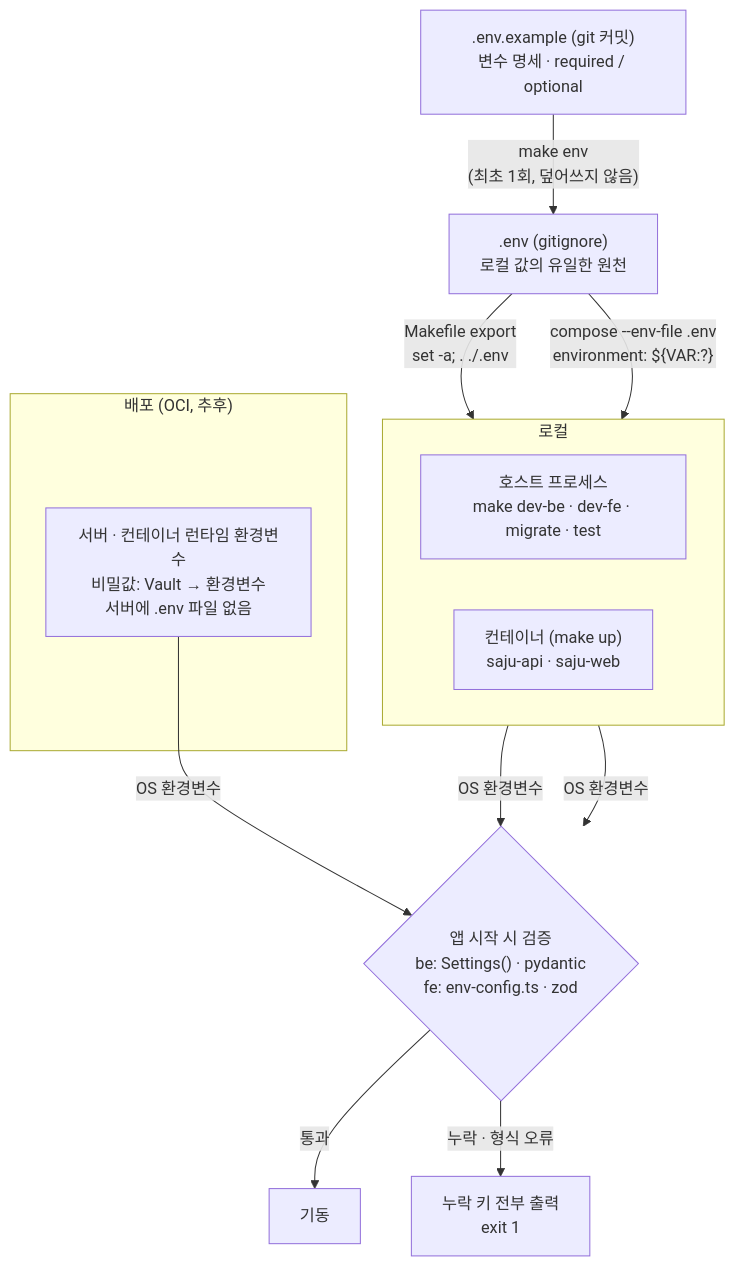
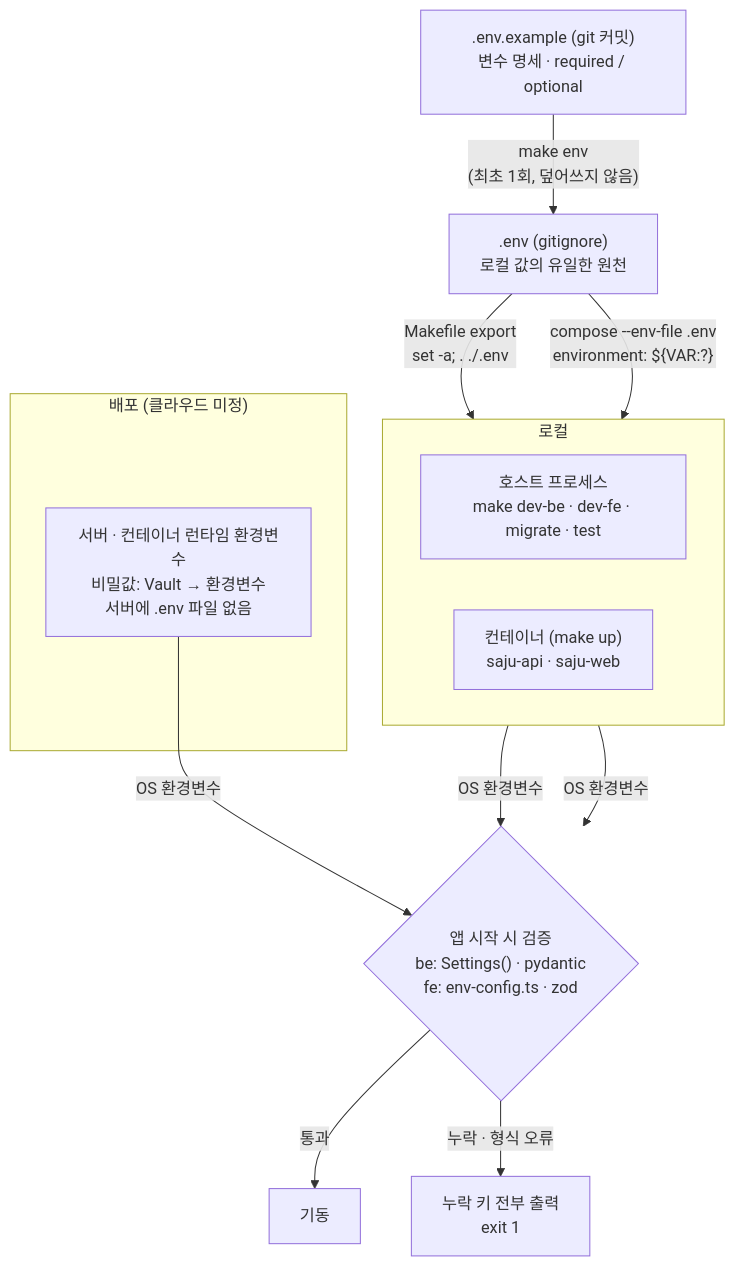
One commit to Dae-Jeong/k-saju changed the second of 2 diagrams in README.md. Above: the diagram before and after it, drawn with Mermaid. The commit also changed other lines of this file, not shown here.

````diff
--- a/README.md
+++ b/README.md
@@ -49,27 +89,27 @@
 ```mermaid
 flowchart TB
     Spec[".env.example (git 커밋)<br/>변수 명세 · required / optional"]
     Env[".env (gitignore)<br/>로컬 값의 유일한 원천"]
     Spec -->|"make env<br/>(최초 1회, 덮어쓰지 않음)"| Env
 
     subgraph Local["로컬"]
         direction LR
         Host["호스트 프로세스<br/>make dev-be · dev-fe · migrate · test"]
         Ctr["컨테이너 (make up)<br/>saju-api · saju-web"]
     end
 
     Env -->|"Makefile export<br/>set -a; . ./.env"| Host
     Env -->|"compose --env-file .env<br/>environment: ${VAR:?}"| Ctr
 
-    subgraph Deploy["배포 (OCI, 추후)"]
+    subgraph Deploy["배포 (클라우드 미정)"]
         Srv["서버 · 컨테이너 런타임 환경변수<br/>비밀값: Vault → 환경변수<br/>서버에 .env 파일 없음"]
     end
 
     Validate{"앱 시작 시 검증<br/>be: Settings() · pydantic<br/>fe: env-config.ts · zod"}
     Host -->|"OS 환경변수"| Validate
     Ctr -->|"OS 환경변수"| Validate
     Srv -->|"OS 환경변수"| Validate
 
     Validate -->|"통과"| Run["기동"]
     Validate -->|"누락 · 형식 오류"| Fail["누락 키 전부 출력<br/>exit 1"]
 ```
````
